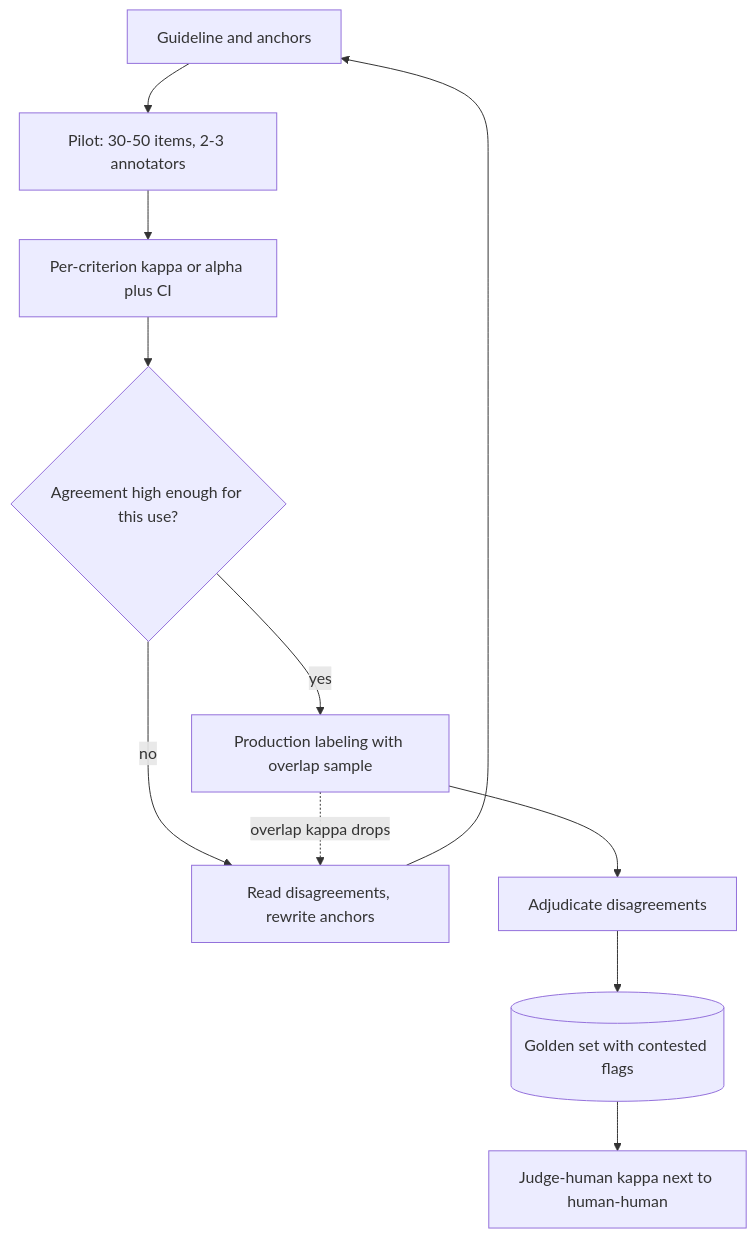
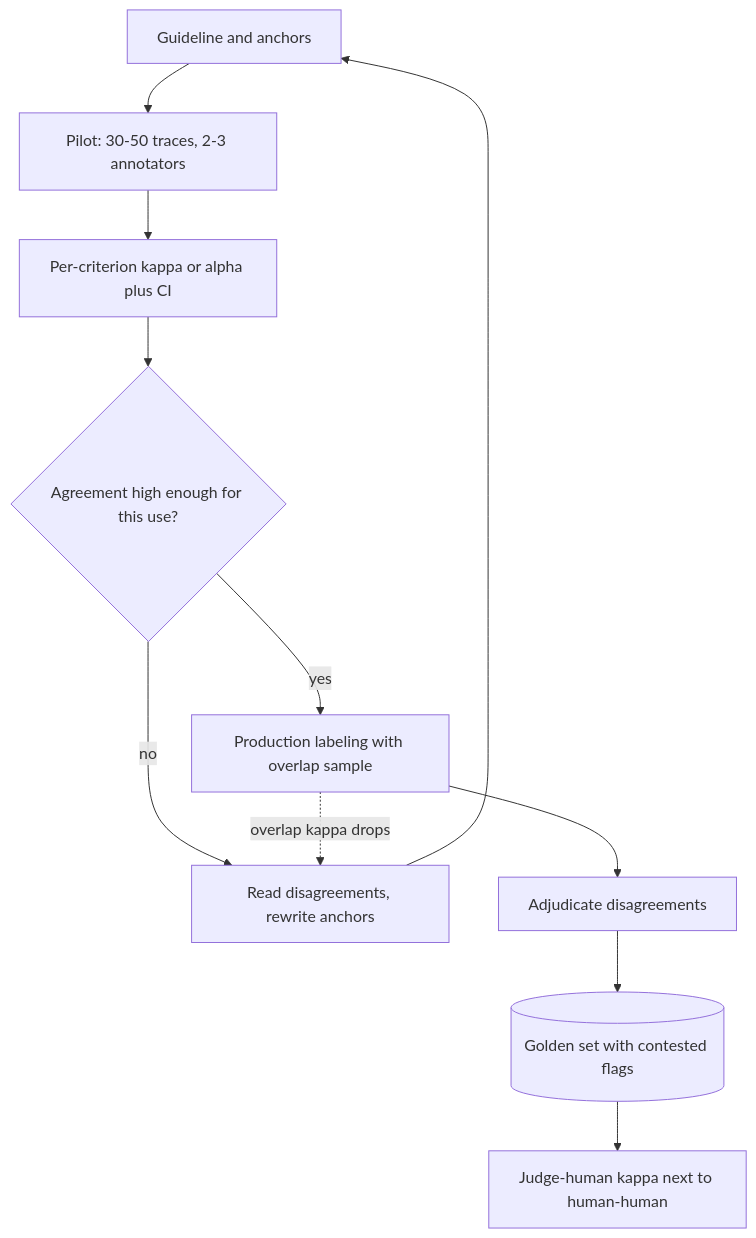
The diagram in content/evals/inter-annotator-agreement.md (lovishmahajan97/agentic-learning), drawn with Mermaid before and after one commit. The commit also changed other lines of this file and 266 other files, not shown here.

````diff
--- a/content/evals/inter-annotator-agreement.md
+++ b/content/evals/inter-annotator-agreement.md
@@ -131,13 +157,13 @@
 ```mermaid
 flowchart TD
-    G["Guideline and anchors"] --> P["Pilot: 30-50 items, 2-3 annotators"]
+    G["Guideline and anchors"] --> P["Pilot: 30-50 traces, 2-3 annotators"]
     P --> K["Per-criterion kappa or alpha plus CI"]
     K --> Q{"Agreement high enough for this use?"}
     Q -->|"no"| R["Read disagreements, rewrite anchors"]
     R --> G
     Q -->|"yes"| L["Production labeling with overlap sample"]
     L --> A["Adjudicate disagreements"]
     A --> C[("Golden set with contested flags")]
     L -.->|"overlap kappa drops"| R
     C --> J["Judge-human kappa next to human-human"]
 ```
````
